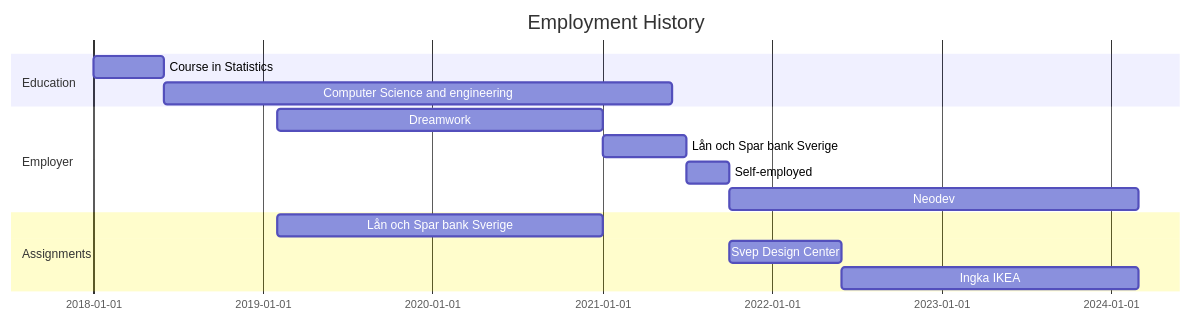
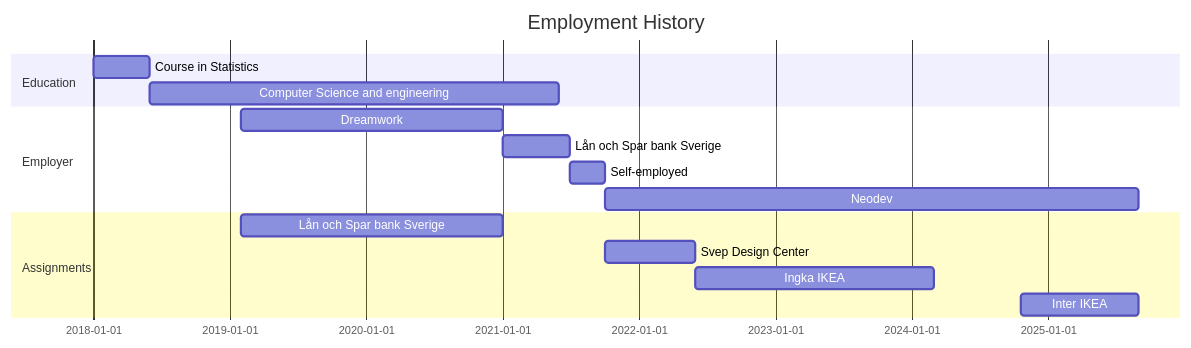
One commit to ridulfo/nicolo.se changed the diagram in employment-diagram.md. Above: the diagram before and after it, drawn with Mermaid. The commit also changed 2 other files, not shown here.

Commit message:
feat: update information

````diff
--- a/employment-diagram.md
+++ b/employment-diagram.md
@@ -1,18 +1,19 @@
 ```mermaid
 gantt
     title Employment History
     todayMarker off
     dateFormat  YYYY-MM-DD
     section Education
     Course in Statistics             :2018-01-01, 2018-06-01
     Computer Science and engineering :2018-06-01, 2021-06-01
     section Employer
     Dreamwork                        :2019-02-01, 2021-01-01
     Lån och Spar bank Sverige        :2021-01-01, 2021-07-01
     Self-employed                    :2021-07-01, 2021-10-01 
-    Neodev                           :2021-10-01, 2024-03-01
+    Neodev                           :2021-10-01, 2025-08-31
     section Assignments
     Lån och Spar bank Sverige        :2019-02-01, 2021-01-01
     Svep Design Center               :2021-10-01, 2022-06-01
     Ingka IKEA                       :2022-06-01, 2024-03-01
+    Inter IKEA                       :2024-10-21, 2025-08-31
 ```
````
